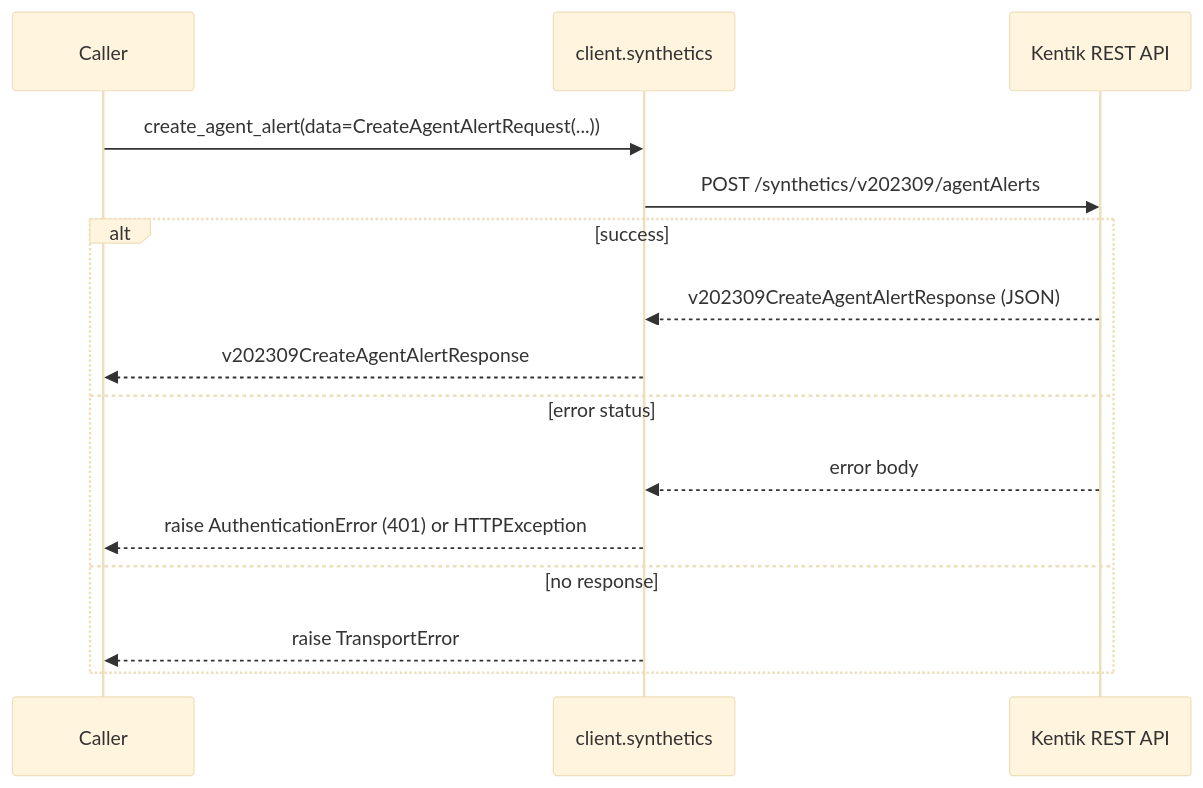
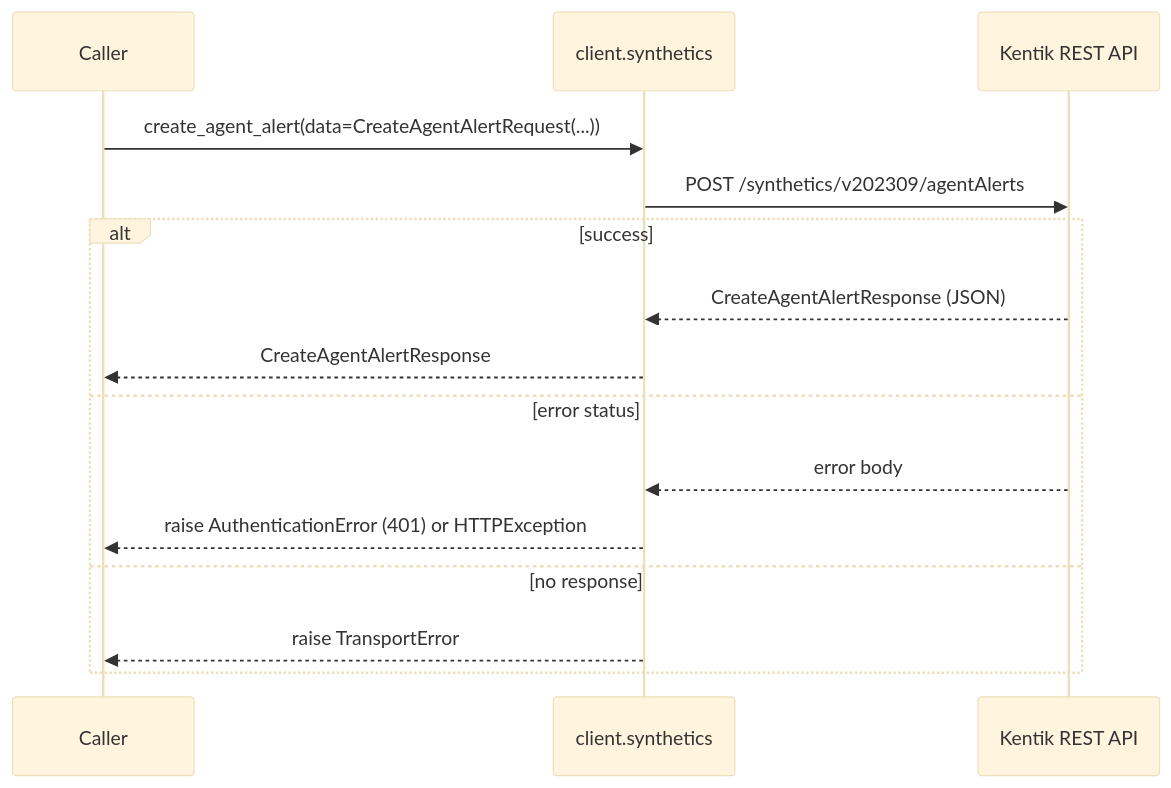
The fourth of 38 diagrams in docs/sphinx/services/synthetics.md (alexdearaujo/community_sdk_python), drawn with Mermaid (base theme) before and after one commit. The commit also changed other lines of this file and 38 other files, not shown here.

````diff
--- a/docs/sphinx/services/synthetics.md
+++ b/docs/sphinx/services/synthetics.md
@@ -114,18 +114,18 @@
 ```mermaid
 sequenceDiagram
     participant C as Caller
     participant W as client.synthetics
     participant API as Kentik REST API
 
     C->>W: create_agent_alert(data=CreateAgentAlertRequest(...))
     W->>API: POST /synthetics/v202309/agentAlerts
     alt success
-        API-->>W: v202309CreateAgentAlertResponse (JSON)
-        W-->>C: v202309CreateAgentAlertResponse
+        API-->>W: CreateAgentAlertResponse (JSON)
+        W-->>C: CreateAgentAlertResponse
     else error status
         API-->>W: error body
         W-->>C: raise AuthenticationError (401) or HTTPException
     else no response
         W-->>C: raise TransportError
     end
 ```
````
